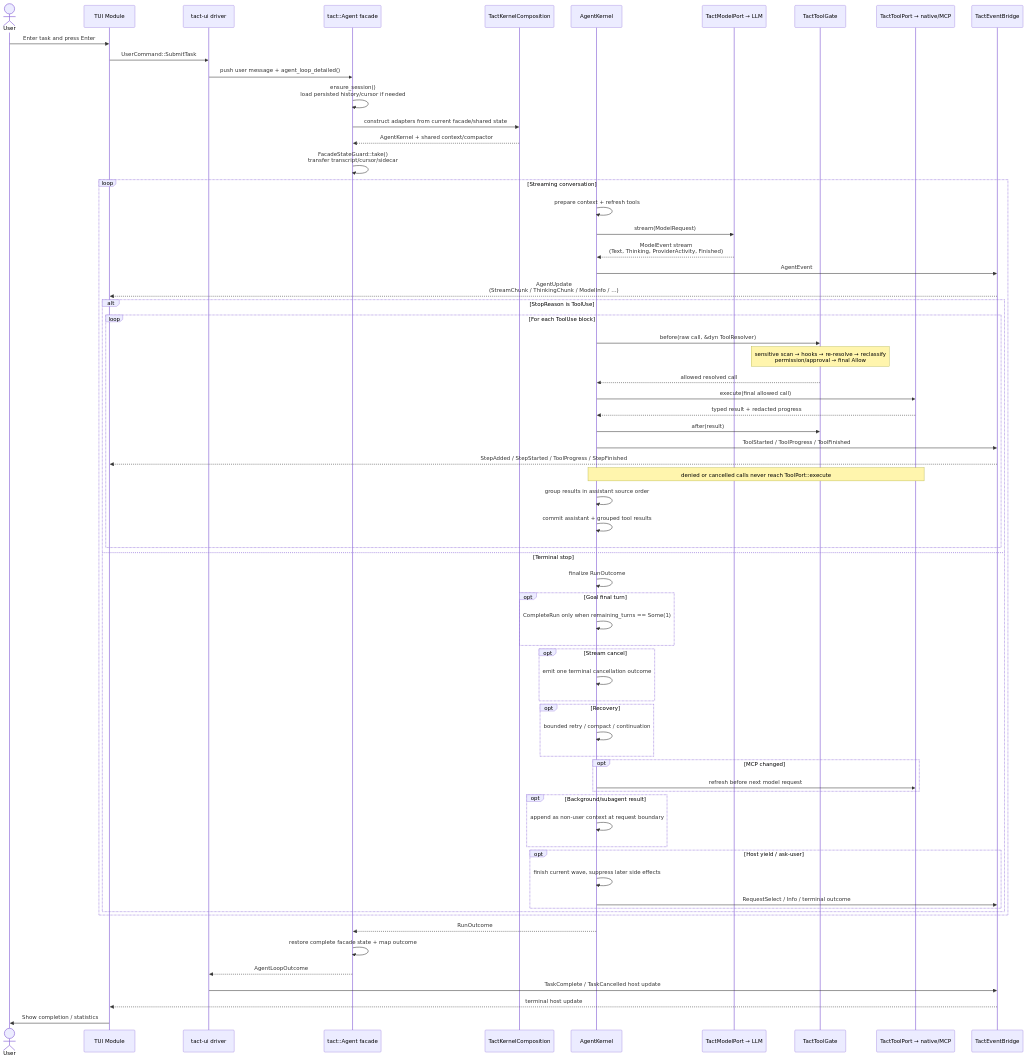
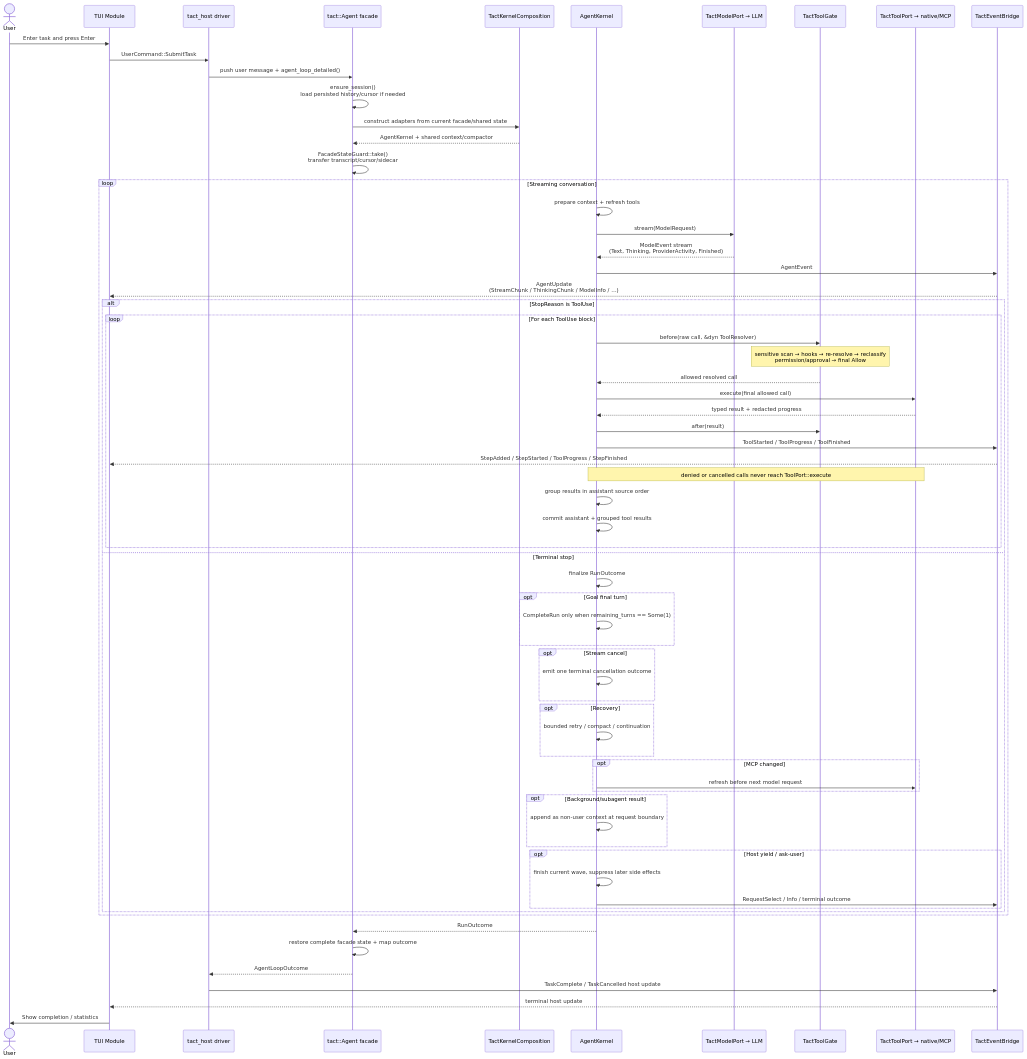
Before and after one commit to rust-infra/tact: the third of 10 diagrams in ARCHITECTURE.md, drawn with Mermaid. The commit also changed other lines of this file and 50 other files, not shown here.

First line of the commit message:
feat(host): extract UI-independent services into tact_host

````diff
--- a/ARCHITECTURE.md
+++ b/ARCHITECTURE.md
@@ -237,73 +248,73 @@
 ```mermaid
 sequenceDiagram
     actor U as User
     participant TUI as TUI Module
-    participant Driver as tact-ui driver
+    participant Driver as tact_host driver
     participant Facade as tact::Agent facade
     participant Compose as TactKernelComposition
     participant Kernel as AgentKernel
     participant Model as TactModelPort → LLM
     participant Gate as TactToolGate
     participant Tools as TactToolPort → native/MCP
     participant Bridge as TactEventBridge
 
     U ->> TUI: Enter task and press Enter
     TUI ->> Driver: UserCommand::SubmitTask
     Driver ->> Facade: push user message + agent_loop_detailed()
     Facade ->> Facade: ensure_session()<br/>load persisted history/cursor if needed
     Facade ->> Compose: construct adapters from current facade/shared state
     Compose -->> Facade: AgentKernel + shared context/compactor
     Facade ->> Facade: FacadeStateGuard::take()<br/>transfer transcript/cursor/sidecar
 
     loop Streaming conversation
         Kernel ->> Kernel: prepare context + refresh tools
         Kernel ->> Model: stream(ModelRequest)
         Model -->> Kernel: ModelEvent stream<br/>(Text, Thinking, ProviderActivity, Finished)
         Kernel ->> Bridge: AgentEvent
         Bridge -->> TUI: AgentUpdate<br/>(StreamChunk / ThinkingChunk / ModelInfo / …)
 
         alt StopReason is ToolUse
             loop For each ToolUse block
                 Kernel ->> Gate: before(raw call, &dyn ToolResolver)
                 Note over Gate: sensitive scan → hooks → re-resolve → reclassify<br/>permission/approval → final Allow
                 Gate -->> Kernel: allowed resolved call
                 Kernel ->> Tools: execute(final allowed call)
                 Tools -->> Kernel: typed result + redacted progress
                 Kernel ->> Gate: after(result)
                 Kernel ->> Bridge: ToolStarted / ToolProgress / ToolFinished
                 Bridge -->> TUI: StepAdded / StepStarted / ToolProgress / StepFinished
                 Note over Kernel,Tools: denied or cancelled calls never reach ToolPort::execute
                 Kernel ->> Kernel: group results in assistant source order
                 Kernel ->> Kernel: commit assistant + grouped tool results
             end
         else Terminal stop
             Kernel ->> Kernel: finalize RunOutcome
             opt Goal final turn
                 Kernel ->> Kernel: CompleteRun only when remaining_turns == Some(1)
             end
             opt Stream cancel
                 Kernel ->> Kernel: emit one terminal cancellation outcome
             end
             opt Recovery
                 Kernel ->> Kernel: bounded retry / compact / continuation
             end
             opt MCP changed
                 Kernel ->> Tools: refresh before next model request
             end
             opt Background/subagent result
                 Kernel ->> Kernel: append as non-user context at request boundary
             end
             opt Host yield / ask-user
                 Kernel ->> Kernel: finish current wave, suppress later side effects
                 Kernel ->> Bridge: RequestSelect / Info / terminal outcome
             end
         end
     end
 
     Kernel -->> Facade: RunOutcome
     Facade ->> Facade: restore complete facade state + map outcome
     Facade -->> Driver: AgentLoopOutcome
     Driver ->> Bridge: TaskComplete / TaskCancelled host update
     Bridge -->> TUI: terminal host update
     TUI ->> U: Show completion / statistics
 ```
````
